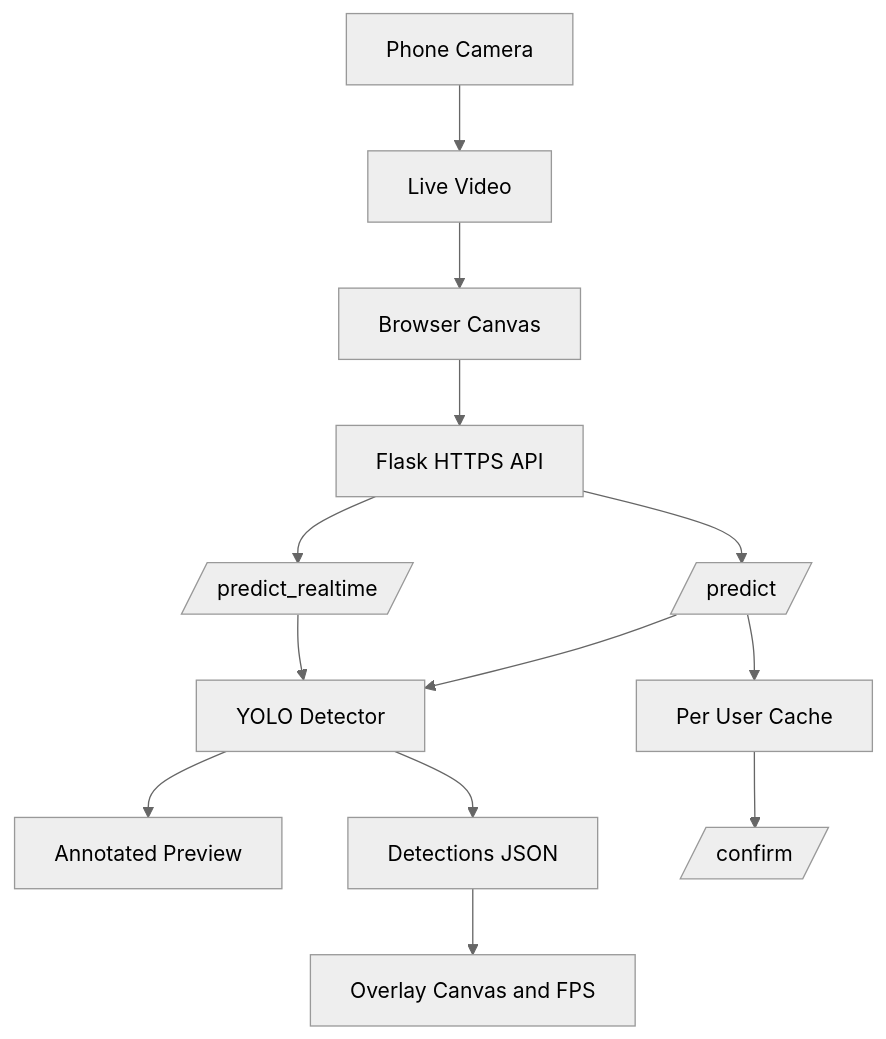
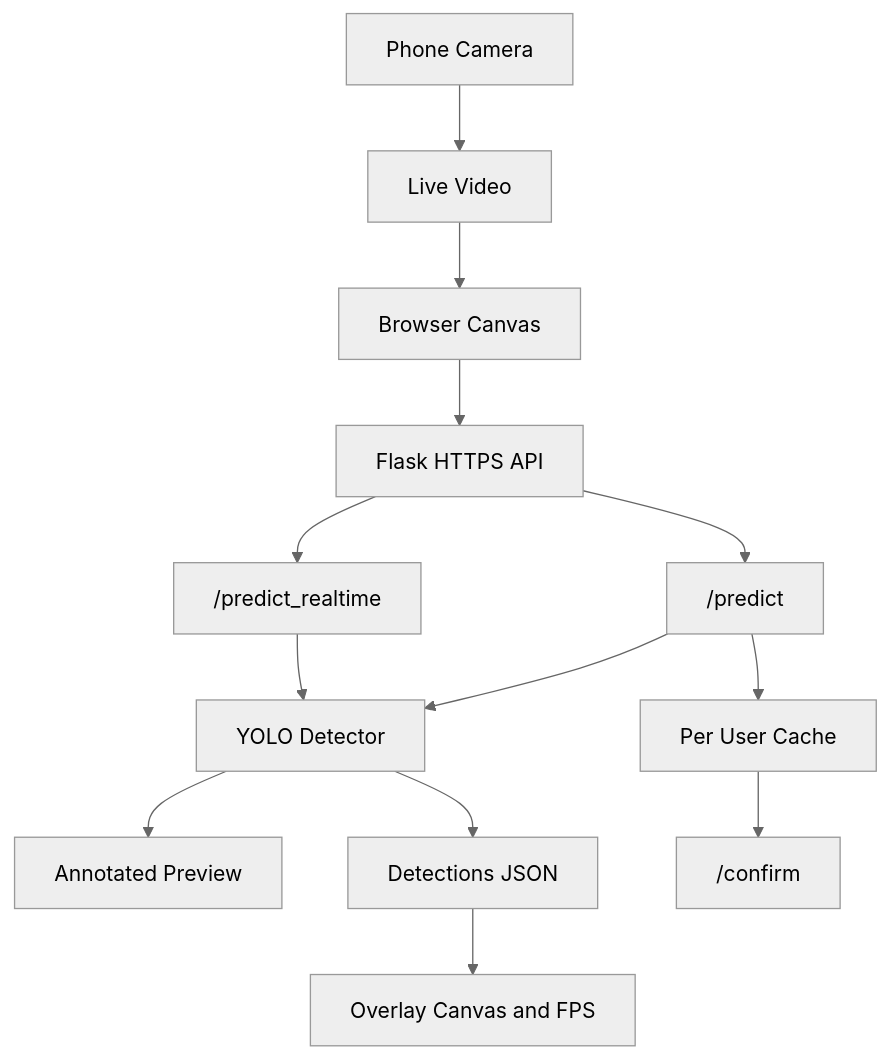
The diagram in README.md (diiiiiiio/realtime-mask-detection), drawn with Mermaid (neutral theme) before and after one commit.

````diff
--- a/README.md
+++ b/README.md
@@ -41,20 +41,20 @@
 ```mermaid
-graph TD
-    Camera[Phone Camera] --> Video[Live Video]
-    Video --> Canvas[Browser Canvas]
-    Canvas --> API[Flask HTTPS API]
+flowchart TD
+    Camera["Phone Camera"] --> Video["Live Video"]
+    Video --> Canvas["Browser Canvas"]
+    Canvas --> API["Flask HTTPS API"]
 
-    API --> Predict[/predict/]
-    API --> Realtime[/predict_realtime/]
+    API --> Predict["/predict"]
+    API --> Realtime["/predict_realtime"]
 
-    Predict --> YOLO[YOLO Detector]
+    Predict --> YOLO["YOLO Detector"]
     Realtime --> YOLO
 
-    YOLO --> Preview[Annotated Preview]
-    YOLO --> Detections[Detections JSON]
+    YOLO --> Preview["Annotated Preview"]
+    YOLO --> Detections["Detections JSON"]
 
-    Predict --> Cache[Per User Cache]
-    Cache --> Confirm[/confirm/]
+    Predict --> Cache["Per User Cache"]
+    Cache --> Confirm["/confirm"]
 
-    Detections --> Overlay[Overlay Canvas and FPS]
+    Detections --> Overlay["Overlay Canvas and FPS"]
 ```
````
